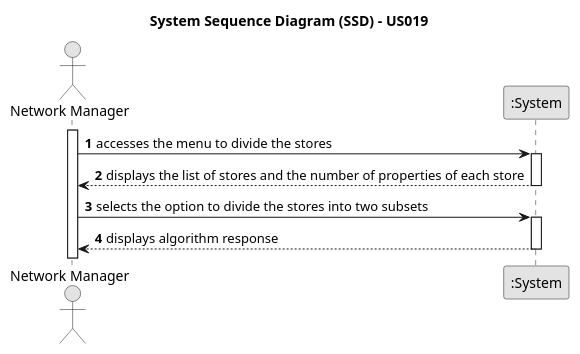
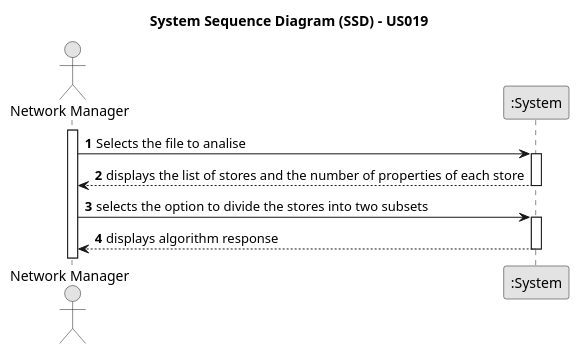
Before and after one commit to Goncalves2525/real-estate-management-system: the diagram in docs/sprintD/us019/01.requirements-engineering/puml/us019-system-sequence-diagram.puml, drawn with PlantUML. The commit also changed 6 other files, not shown here.

Commit message:
Us19 class diagram, sd and ssd update

```diff
--- a/docs/sprintD/us019/01.requirements-engineering/puml/us019-system-sequence-diagram.puml
+++ b/docs/sprintD/us019/01.requirements-engineering/puml/us019-system-sequence-diagram.puml
@@ -1,28 +1,28 @@
 @startuml
 skinparam monochrome true
 skinparam packageStyle rectangle
 skinparam shadowing false
 
 title System Sequence Diagram (SSD) - US019
 
 autonumber
 
 actor "Network Manager" as Manager
 participant ":System" as System
 
 activate Manager
 
-    Manager -> System : accesses the menu to divide the stores
+    Manager -> System : Selects the file to analise
     activate System
 
     System --> Manager : displays the list of stores and the number of properties of each store
     deactivate System
 
     Manager -> System : selects the option to divide the stores into two subsets
     activate System
 
     System --> Manager : displays algorithm response
     deactivate System
 
 
 @enduml
```
